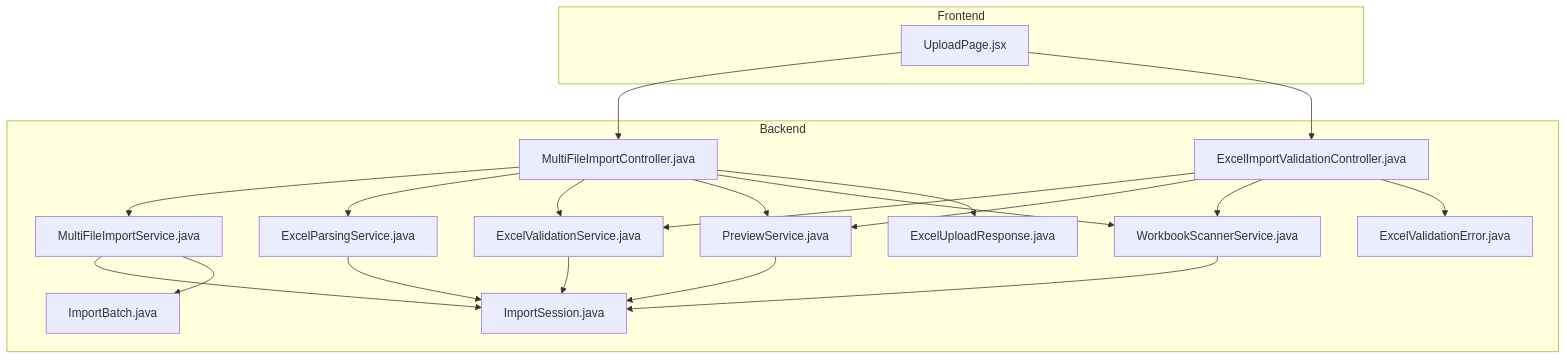
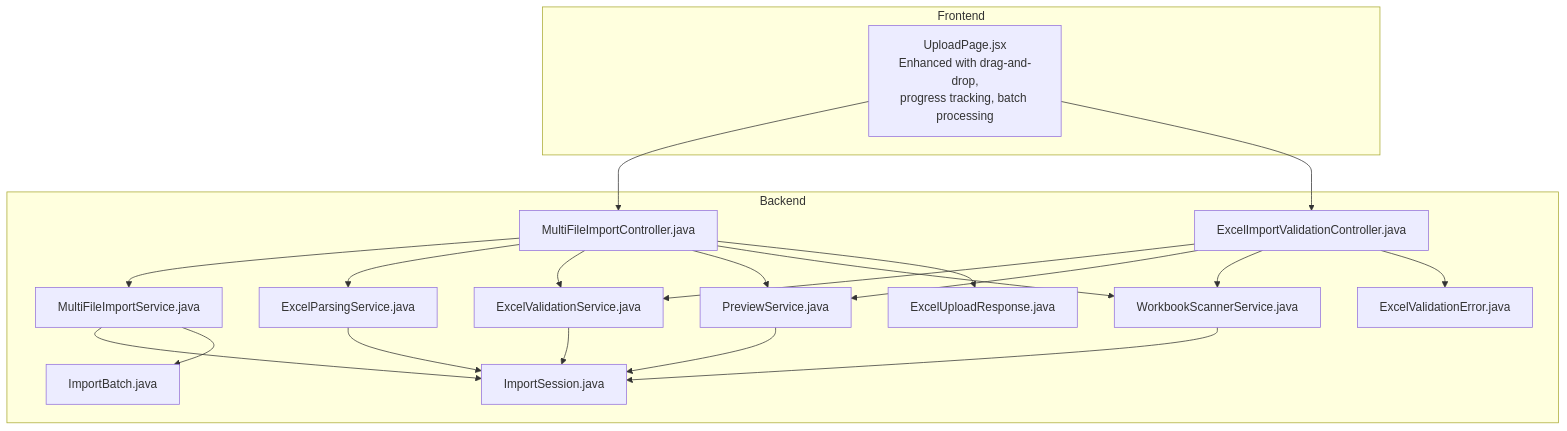
Before and after one commit to janoshan07/ceb_demo_dashboard: the first of 4 diagrams in .qoder/repowiki/en/content/Frontend Documentation/Pages and Views/Upload Page.md, drawn with Mermaid. The commit also changed other lines of this file and 27 other files, not shown here.

First line of the commit message:
feat(import): enhance multi-file upload with batch processing and concurrency

````diff
--- a/.qoder/repowiki/en/content/Frontend Documentation/Pages and Views/Upload Page.md
+++ b/.qoder/repowiki/en/content/Frontend Documentation/Pages and Views/Upload Page.md
@@ -38,37 +51,37 @@
 ```mermaid
 graph TB
 subgraph "Frontend"
-UP["UploadPage.jsx"]
+UP["UploadPage.jsx<br/>Enhanced with drag-and-drop,<br/>progress tracking, batch processing"]
 end
 subgraph "Backend"
 C1["MultiFileImportController.java"]
 C2["ExcelImportValidationController.java"]
 S1["MultiFileImportService.java"]
 S2["ExcelParsingService.java"]
 S3["ExcelValidationService.java"]
 S4["PreviewService.java"]
 S5["WorkbookScannerService.java"]
 M1["ExcelUploadResponse.java"]
 M2["ExcelValidationError.java"]
 E1["ImportSession.java"]
 E2["ImportBatch.java"]
 end
 UP --> C1
 UP --> C2
 C1 --> S1
 C1 --> S2
 C1 --> S3
 C1 --> S4
 C1 --> S5
 C2 --> S3
 C2 --> S4
 C2 --> S5
 S1 --> E1
 S1 --> E2
 S2 --> E1
 S3 --> E1
 S4 --> E1
 S5 --> E1
 C1 --> M1
 C2 --> M2
 ```
````
